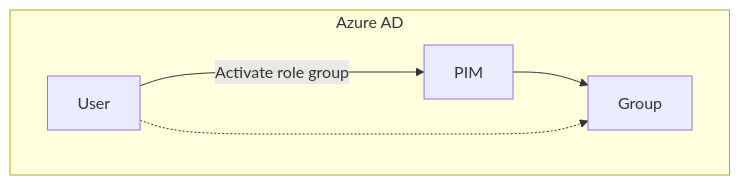
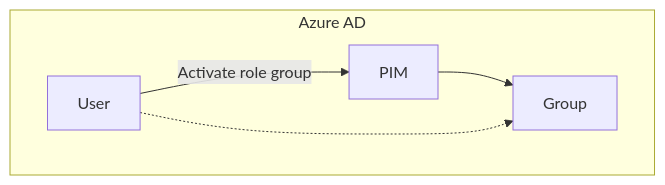
Before and after one commit to lnfernux/lnfernux.github.io: the fifth of 7 diagrams in _posts/2022-11-08-AzureLighthouse-MSSPAccess.md, drawn with Mermaid. The commit also changed other lines of this file, not shown here.

````diff
--- a/_posts/2022-11-08-AzureLighthouse-MSSPAccess.md
+++ b/_posts/2022-11-08-AzureLighthouse-MSSPAccess.md
@@ -196,9 +209,9 @@
 ```mermaid
 graph LR
     subgraph "Azure AD" 
     direction LR
     u[User] --> |Activate role group|p[PIM]
     p --> g
-    u -...->  g[Group]
-end
+    u -.->  g[Group]
+    end
 ```
````
